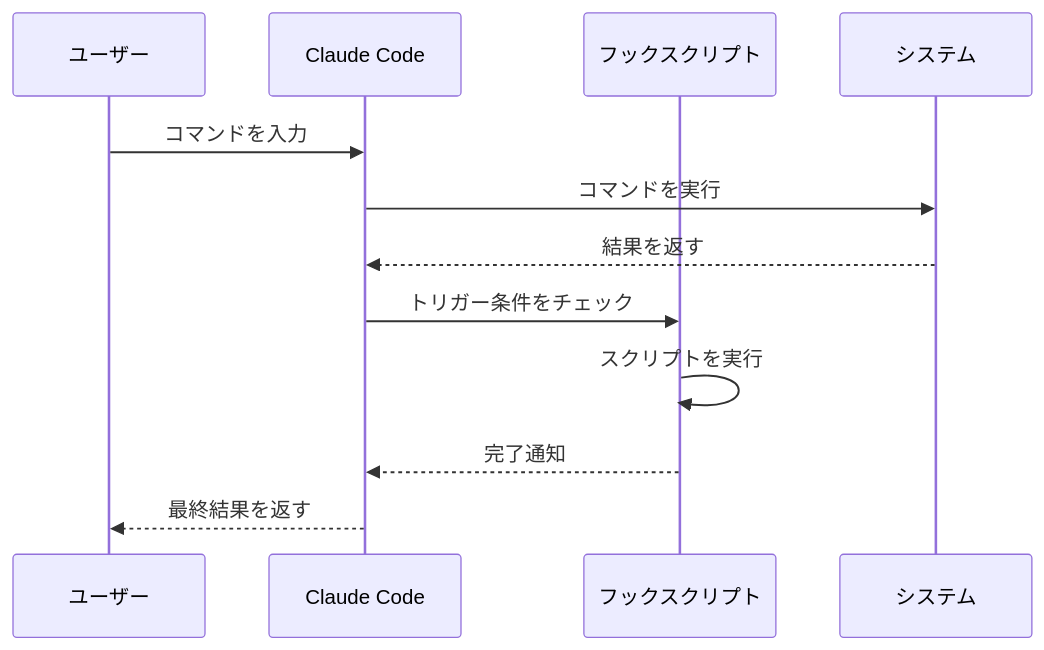
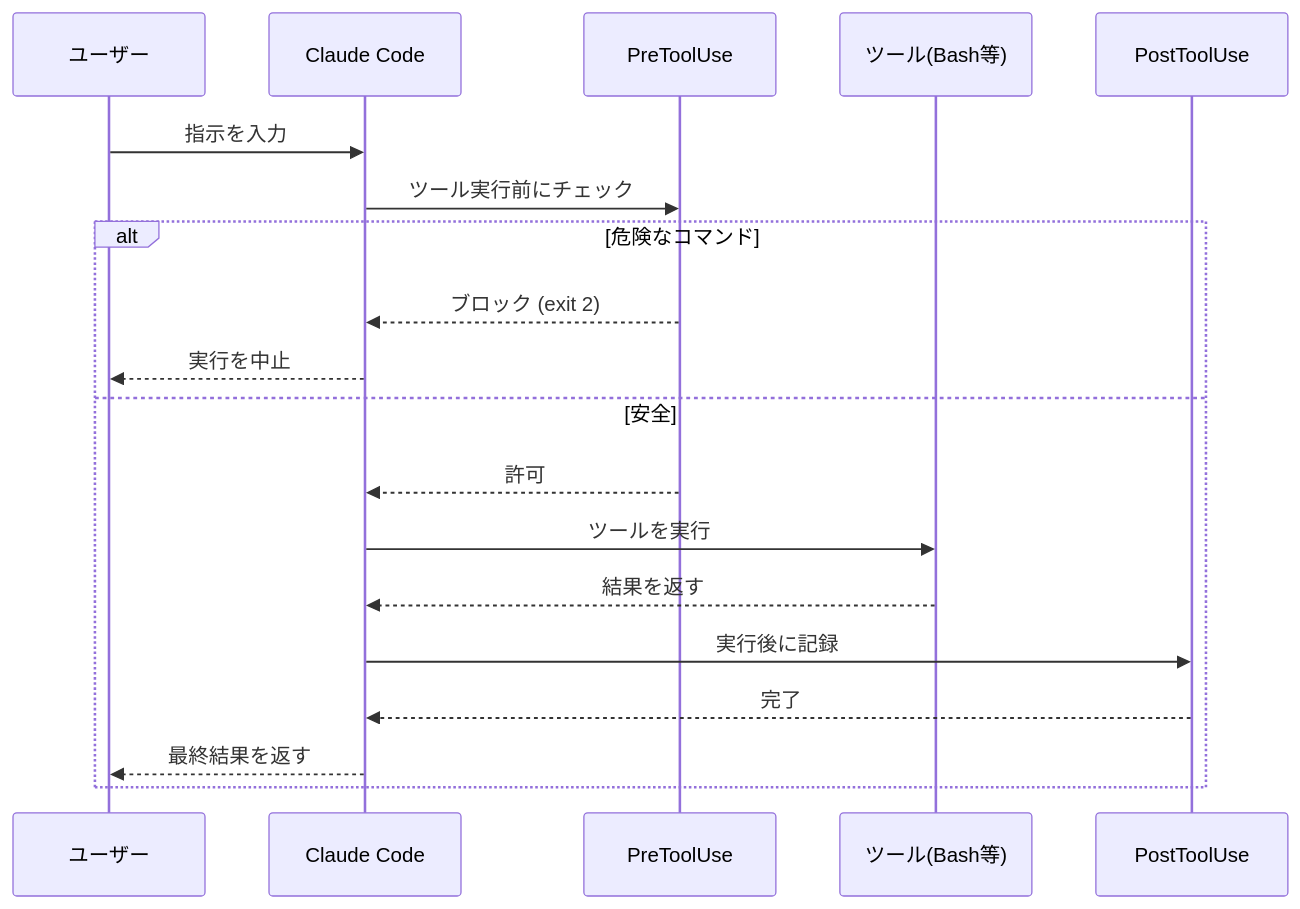
The diagram in source/06_自動化と拡張.md (fukukei23/claude-code-textbook), drawn with Mermaid before and after one commit. The commit also changed other lines of this file, not shown here.

````diff
--- a/source/06_自動化と拡張.md
+++ b/source/06_自動化と拡張.md
@@ -27,15 +36,22 @@
 ```mermaid
 sequenceDiagram
     participant User as ユーザー
     participant Claude as Claude Code
-    participant Hook as フックスクリプト
-    participant System as システム
+    participant Pre as PreToolUse
+    participant Tool as ツール(Bash等)
+    participant Post as PostToolUse
 
-    User->>Claude: コマンドを入力
-    Claude->>System:コマンドを実行
-    System-->>Claude: 結果を返す
-    Claude->>Hook: トリガー条件をチェック
-    Hook->>Hook: スクリプトを実行
-    Hook-->>Claude: 完了通知
-    Claude-->>User: 最終結果を返す
+    User->>Claude: 指示を入力
+    Claude->>Pre: ツール実行前にチェック
+    alt 危険なコマンド
+        Pre-->>Claude: ブロック (exit 2)
+        Claude-->>User: 実行を中止
+    else 安全
+        Pre-->>Claude: 許可
+        Claude->>Tool: ツールを実行
+        Tool-->>Claude: 結果を返す
+        Claude->>Post: 実行後に記録
+        Post-->>Claude: 完了
+        Claude-->>User: 最終結果を返す
+    end
 ```
````
